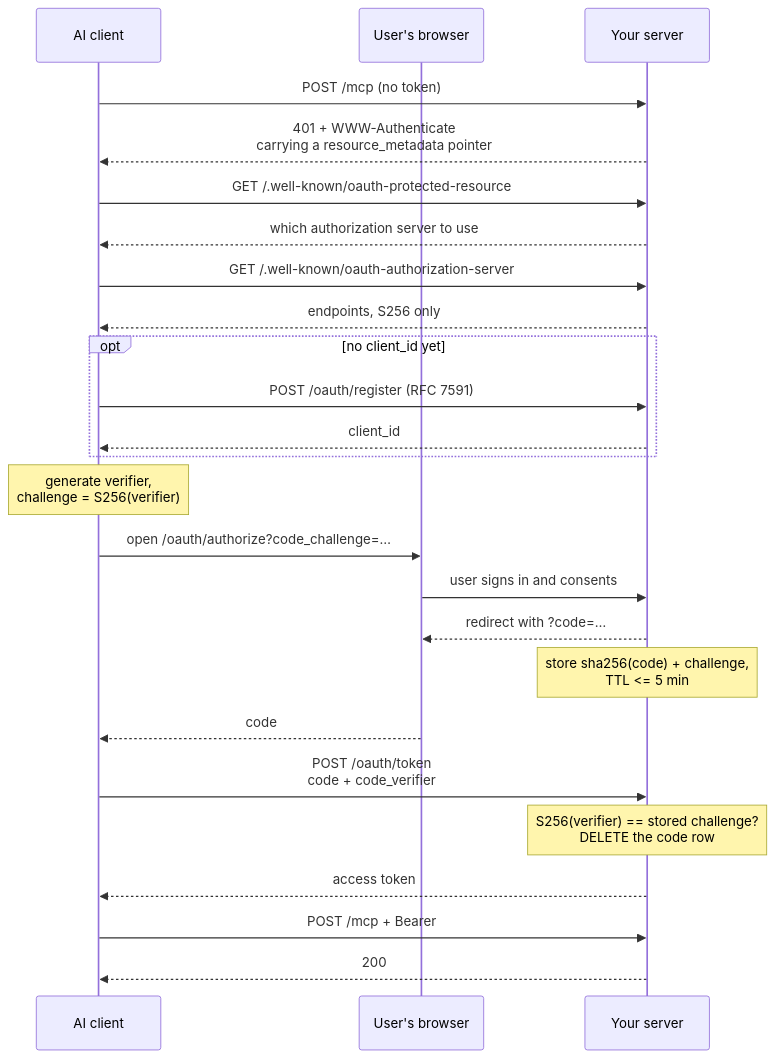
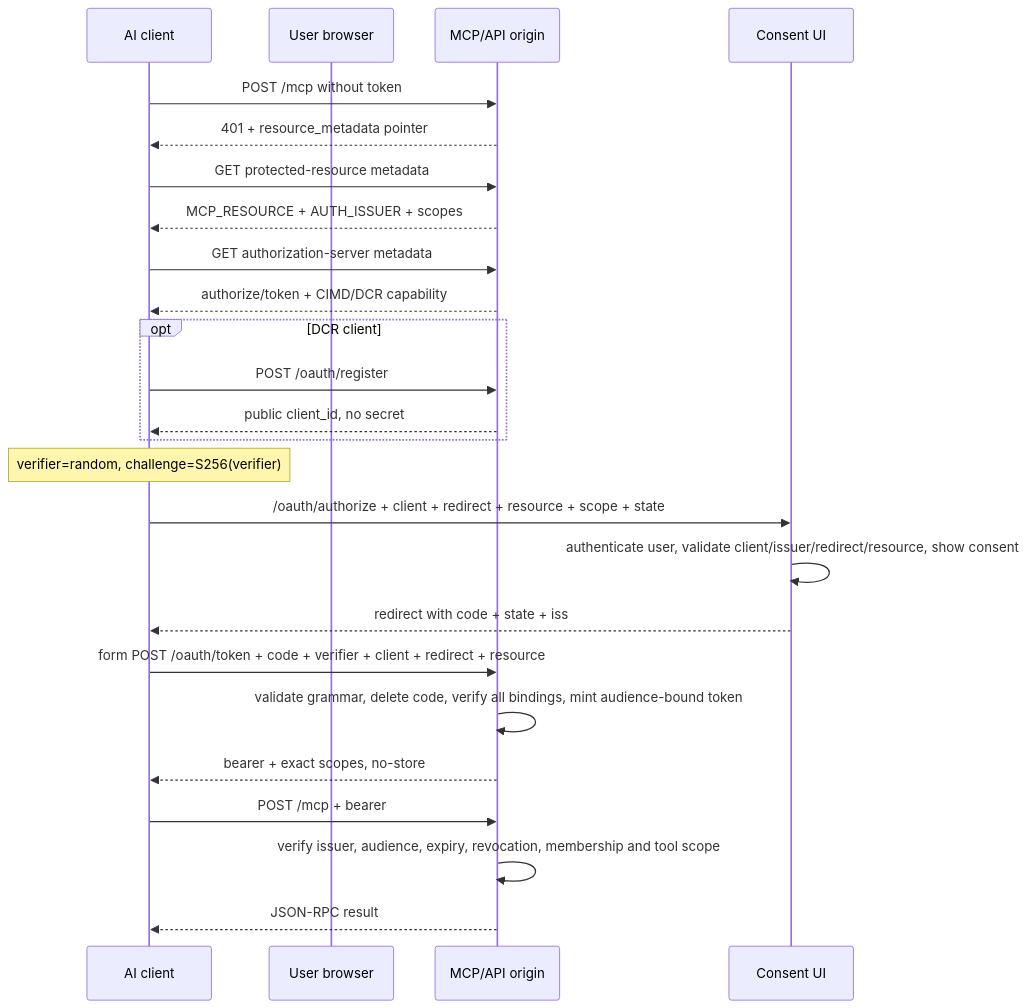
The diagram in cn-mcp-core/phase-2-oauth.md (rahmanef63/connectors), drawn with Mermaid before and after one commit. The commit also changed other lines of this file and 24 other files, not shown here.

````diff
--- a/cn-mcp-core/phase-2-oauth.md
+++ b/cn-mcp-core/phase-2-oauth.md
@@ -8,28 +10,28 @@
 ```mermaid
 sequenceDiagram
     participant C as AI client
-    participant B as User's browser
-    participant S as Your server
+    participant B as User browser
+    participant G as MCP/API origin
+    participant U as Consent UI
 
-    C->>S: POST /mcp (no token)
-    S-->>C: 401 + WWW-Authenticate<br/>carrying a resource_metadata pointer
-    C->>S: GET /.well-known/oauth-protected-resource
-    S-->>C: which authorization server to use
-    C->>S: GET /.well-known/oauth-authorization-server
-    S-->>C: endpoints, S256 only
-    opt no client_id yet
-        C->>S: POST /oauth/register (RFC 7591)
-        S-->>C: client_id
+    C->>G: POST /mcp without token
+    G-->>C: 401 + resource_metadata pointer
+    C->>G: GET protected-resource metadata
+    G-->>C: MCP_RESOURCE + AUTH_ISSUER + scopes
+    C->>G: GET authorization-server metadata
+    G-->>C: authorize/token + CIMD/DCR capability
+    opt DCR client
+        C->>G: POST /oauth/register
+        G-->>C: public client_id, no secret
     end
-    Note over C: generate verifier,<br/>challenge = S256(verifier)
-    C->>B: open /oauth/authorize?code_challenge=…
-    B->>S: user signs in and consents
-    S-->>B: redirect with ?code=…
-    Note over S: store sha256(code) + challenge,<br/>TTL <= 5 min
-    B-->>C: code
-    C->>S: POST /oauth/token<br/>code + code_verifier
-    Note over S: S256(verifier) == stored challenge?<br/>DELETE the code row
-    S-->>C: access token
-    C->>S: POST /mcp + Bearer
-    S-->>C: 200
+    Note over C: verifier=random, challenge=S256(verifier)
+    C->>U: /oauth/authorize + client + redirect + resource + scope + state
+    U->>U: authenticate user, validate client/issuer/redirect/resource, show consent
+    U-->>C: redirect with code + state + iss
+    C->>G: form POST /oauth/token + code + verifier + client + redirect + resource
+    G->>G: validate grammar, delete code, verify all bindings, mint audience-bound token
+    G-->>C: bearer + exact scopes, no-store
+    C->>G: POST /mcp + bearer
+    G->>G: verify issuer, audience, expiry, revocation, membership and tool scope
+    G-->>C: JSON-RPC result
 ```
````
